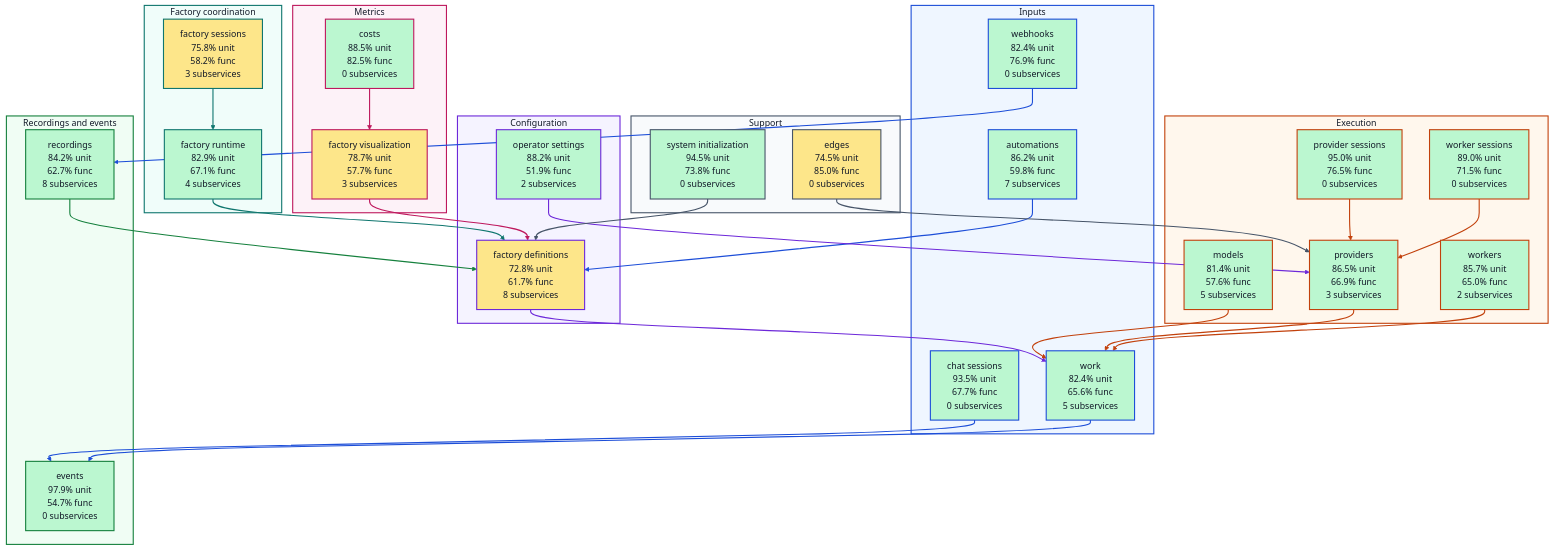
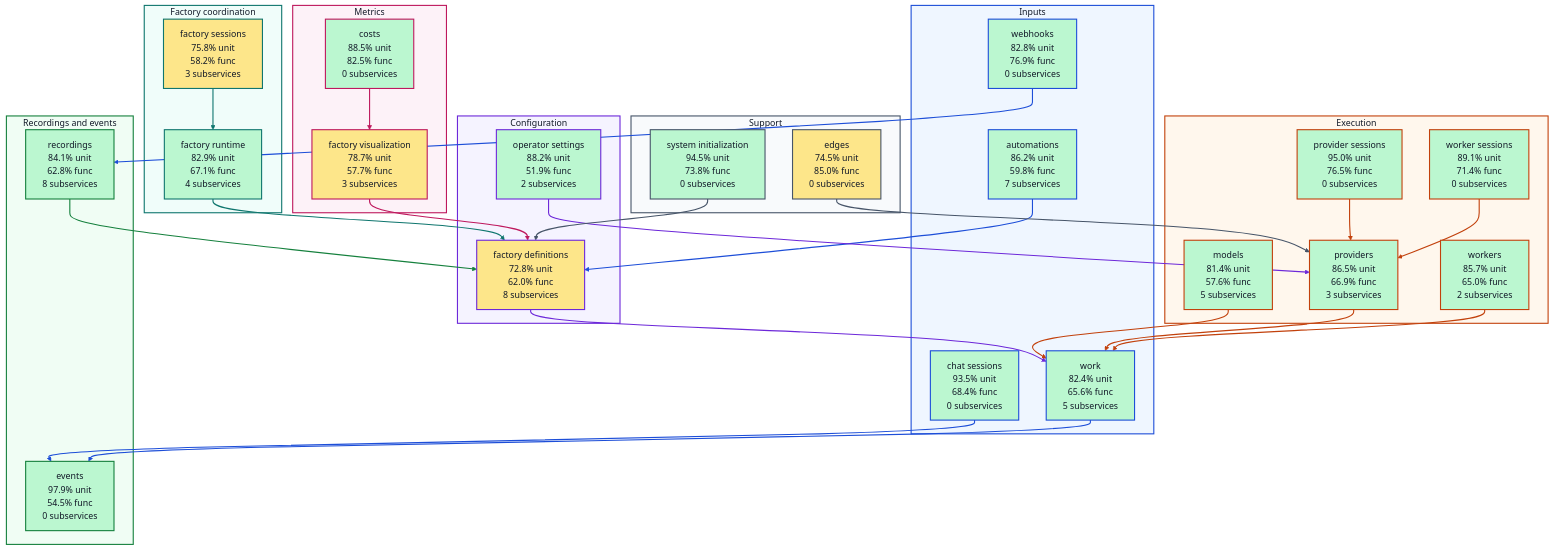
The diagram in docs/architecture/visualizations/high-level-test-coverage.md (portpowered/you-agent-factory), drawn with Mermaid before and after one commit. The commit also changed other lines of this file and 19 other files, not shown here.

Commit message:
docs: refresh backend architecture visualizations

```diff
--- a/docs/architecture/visualizations/high-level-test-coverage.md
+++ b/docs/architecture/visualizations/high-level-test-coverage.md
@@ -12,12 +12,12 @@
 flowchart TB
   subgraph input["Inputs"]
     s_services_automations["automations<br/>86.2% unit<br/>59.8% func<br/>7 subservices"]
-    s_services_chat_sessions["chat sessions<br/>93.5% unit<br/>67.7% func<br/>0 subservices"]
-    s_services_webhooks["webhooks<br/>82.4% unit<br/>76.9% func<br/>0 subservices"]
+    s_services_chat_sessions["chat sessions<br/>93.5% unit<br/>68.4% func<br/>0 subservices"]
+    s_services_webhooks["webhooks<br/>82.8% unit<br/>76.9% func<br/>0 subservices"]
     s_services_work["work<br/>82.4% unit<br/>65.6% func<br/>5 subservices"]
   end
   subgraph configuration["Configuration"]
-    s_services_factory_definitions["factory definitions<br/>72.8% unit<br/>61.7% func<br/>8 subservices"]
+    s_services_factory_definitions["factory definitions<br/>72.8% unit<br/>62.0% func<br/>8 subservices"]
     s_services_operator_settings["operator settings<br/>88.2% unit<br/>51.9% func<br/>2 subservices"]
   end
   subgraph coordination["Factory coordination"]
@@ -28,12 +28,12 @@
     s_services_models["models<br/>81.4% unit<br/>57.6% func<br/>5 subservices"]
     s_services_provider_sessions["provider sessions<br/>95.0% unit<br/>76.5% func<br/>0 subservices"]
     s_services_providers["providers<br/>86.5% unit<br/>66.9% func<br/>3 subservices"]
-    s_services_worker_sessions["worker sessions<br/>89.0% unit<br/>71.5% func<br/>0 subservices"]
+    s_services_worker_sessions["worker sessions<br/>89.1% unit<br/>71.4% func<br/>0 subservices"]
     s_services_workers["workers<br/>85.7% unit<br/>65.0% func<br/>2 subservices"]
   end
   subgraph recordings["Recordings and events"]
-    s_services_events["events<br/>97.9% unit<br/>54.7% func<br/>0 subservices"]
-    s_services_recordings["recordings<br/>84.2% unit<br/>62.7% func<br/>8 subservices"]
+    s_services_events["events<br/>97.9% unit<br/>54.5% func<br/>0 subservices"]
+    s_services_recordings["recordings<br/>84.1% unit<br/>62.8% func<br/>8 subservices"]
   end
   subgraph metrics["Metrics"]
     s_services_costs["costs<br/>88.5% unit<br/>82.5% func<br/>0 subservices"]
```
